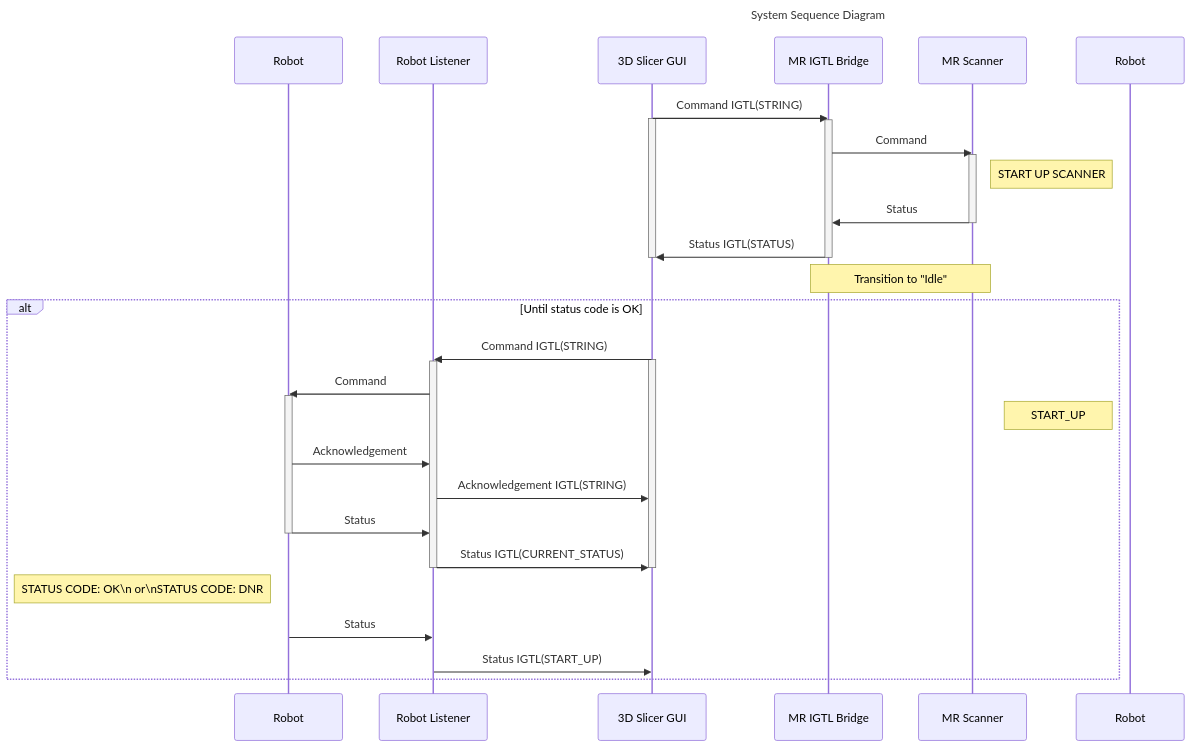
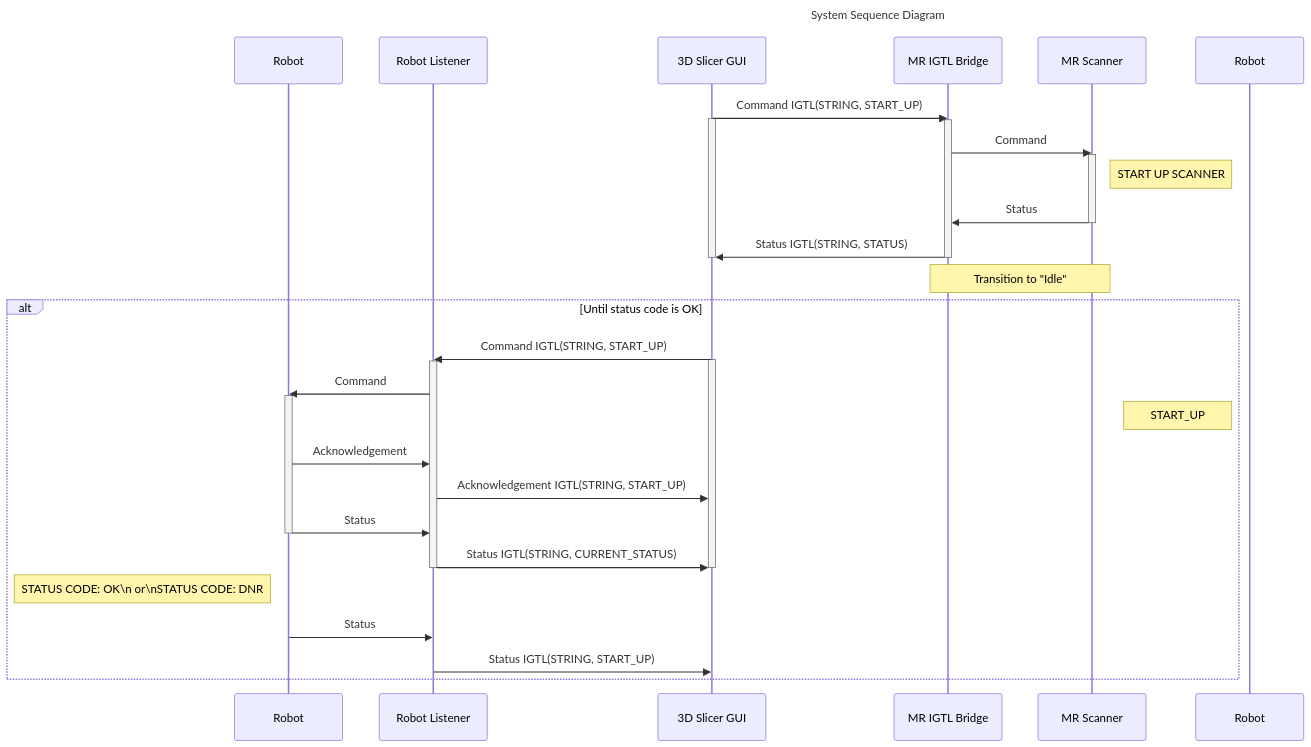
The first of 5 diagrams in README.md (ProstateBRP/BRPRobot2021), drawn with Mermaid before and after one commit. The commit also changed other lines of this file, not shown here.

````diff
--- a/README.md
+++ b/README.md
@@ -7,46 +7,46 @@
 ```mermaid
 sequenceDiagram
 
 title System Sequence Diagram
 
 participant R as Robot
 participant RL as Robot Listener
 participant SGUI as 3D Slicer GUI
 participant MRIGTL  as MR IGTL Bridge
 participant MRS as MR Scanner
 
-SGUI->>MRIGTL:Command IGTL(STRING)
+SGUI->>MRIGTL:Command IGTL(STRING, START_UP)
 activate SGUI
 activate MRIGTL
 MRIGTL->>MRS:Command
 activate MRS
 note right of MRS:START UP SCANNER
 MRS->>MRIGTL:Status
 deactivate MRS
-MRIGTL->>SGUI:Status IGTL(STATUS)
+MRIGTL->>SGUI:Status IGTL(STRING, STATUS)
 deactivate SGUI
 deactivate MRIGTL
 
 note over MRIGTL,MRS:Transition to "Idle"
 alt Until status code is OK
-SGUI->>RL:Command IGTL(STRING)
+SGUI->>RL:Command IGTL(STRING, START_UP)
 activate SGUI
 activate RL
 RL->>R:Command
 activate R
 note left of Robot:START_UP
 R->>RL:Acknowledgement
-RL->>SGUI:Acknowledgement IGTL(STRING)
+RL->>SGUI:Acknowledgement IGTL(STRING, START_UP)
 R->>RL:Status
 deactivate R
-RL->>SGUI:Status IGTL(CURRENT_STATUS)
+RL->>SGUI:Status IGTL(STRING, CURRENT_STATUS)
 
 
 deactivate RL
 deactivate SGUI
 note left of R:STATUS CODE: OK\n               or\nSTATUS CODE: DNR
 R->>RL:Status
-RL->>SGUI:Status IGTL(START_UP)
+RL->>SGUI:Status IGTL(STRING, START_UP)
 end
 
 ```
````
